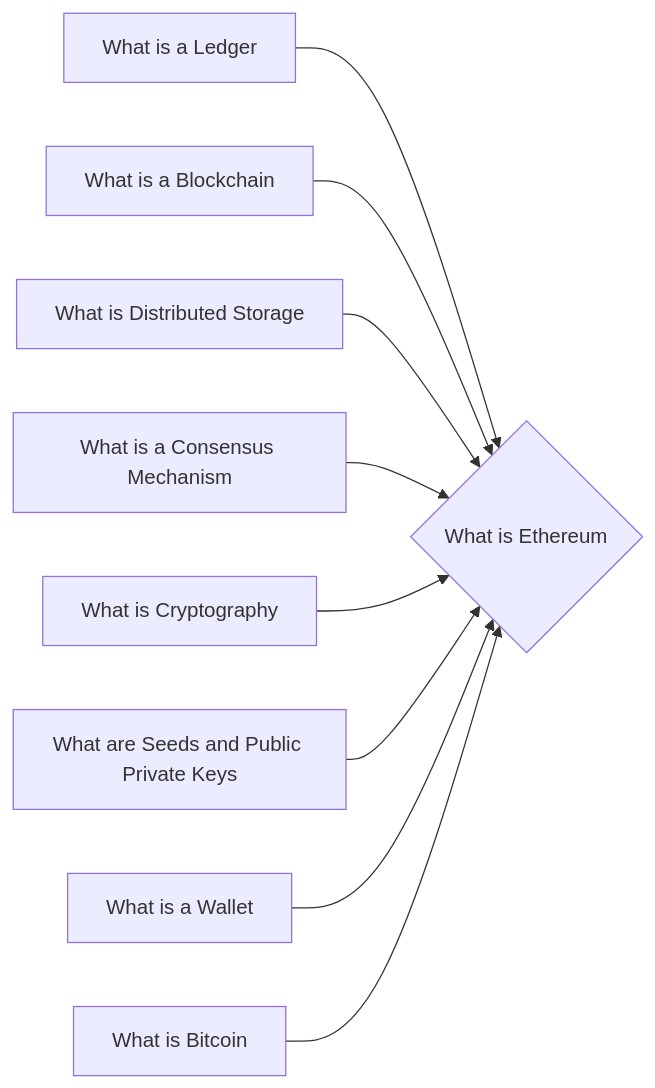
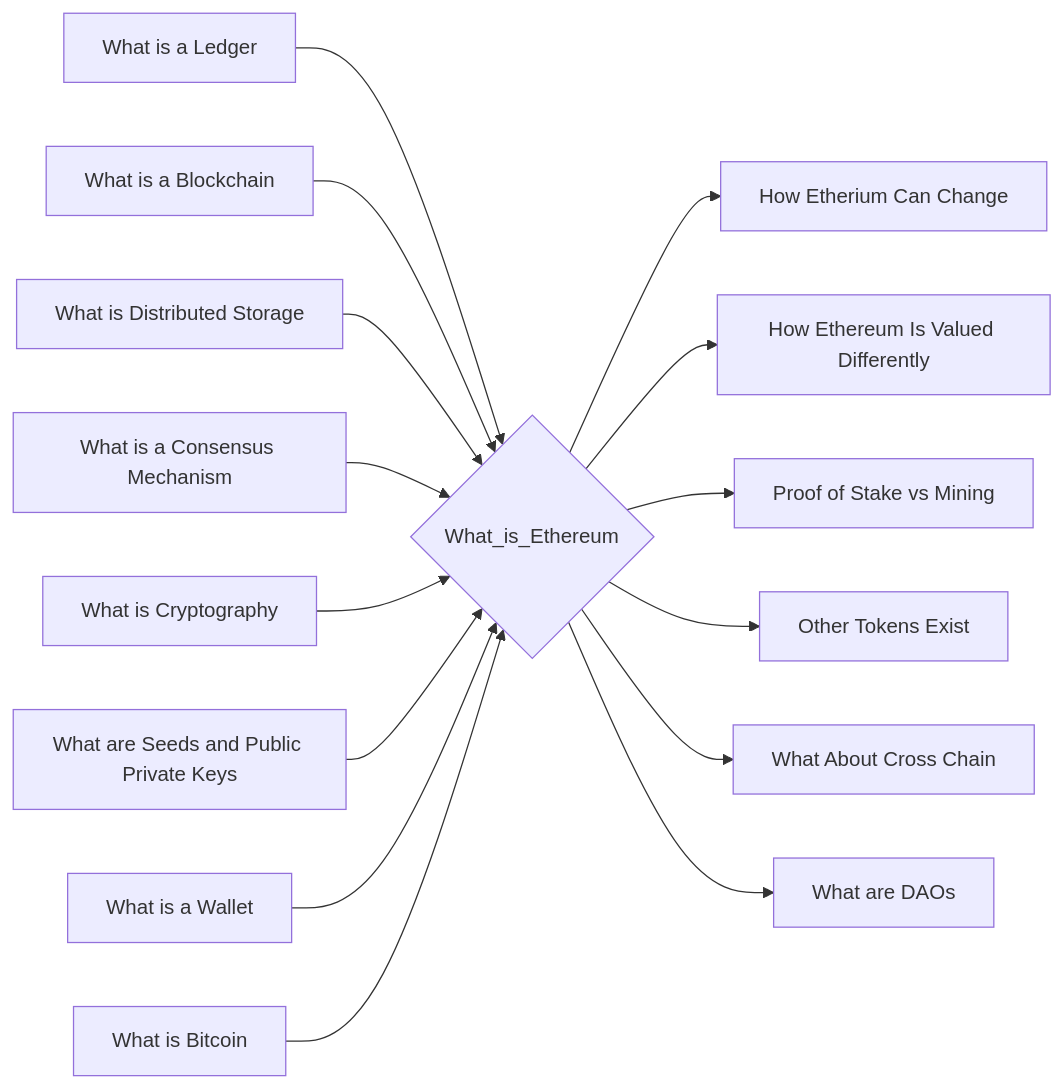
One commit to lpurdy01/crypto-knowledge-map changed the diagram in notes/What_is_Ethereum.md. Above: the diagram before and after it, drawn with Mermaid. The commit also changed 161 other files, not shown here.

````diff
--- a/notes/What_is_Ethereum.md
+++ b/notes/What_is_Ethereum.md
@@ -27,11 +27,17 @@
 ```mermaid
 graph LR
-1["What is a Ledger"]-->0{"What is Ethereum"}
-2["What is a Blockchain"]-->0{"What is Ethereum"}
-3["What is Distributed Storage"]-->0{"What is Ethereum"}
-4["What is a Consensus Mechanism"]-->0{"What is Ethereum"}
-5["What is Cryptography"]-->0{"What is Ethereum"}
-6["What are Seeds and Public Private Keys"]-->0{"What is Ethereum"}
-7["What is a Wallet"]-->0{"What is Ethereum"}
-8["What is Bitcoin"]-->0{"What is Ethereum"}
+1["What is a Ledger"]-->0{"What_is_Ethereum"}
+2["What is a Blockchain"]-->0{"What_is_Ethereum"}
+3["What is Distributed Storage"]-->0{"What_is_Ethereum"}
+4["What is a Consensus Mechanism"]-->0{"What_is_Ethereum"}
+5["What is Cryptography"]-->0{"What_is_Ethereum"}
+6["What are Seeds and Public Private Keys"]-->0{"What_is_Ethereum"}
+7["What is a Wallet"]-->0{"What_is_Ethereum"}
+8["What is Bitcoin"]-->0{"What_is_Ethereum"}
+0{"What_is_Ethereum"}-->9["How Etherium Can Change"]
+0{"What_is_Ethereum"}-->10["How Ethereum Is Valued Differently"]
+0{"What_is_Ethereum"}-->11["Proof of Stake vs Mining"]
+0{"What_is_Ethereum"}-->12["Other Tokens Exist"]
+0{"What_is_Ethereum"}-->13["What About Cross Chain"]
+0{"What_is_Ethereum"}-->14["What are DAOs"]
 ```
````
